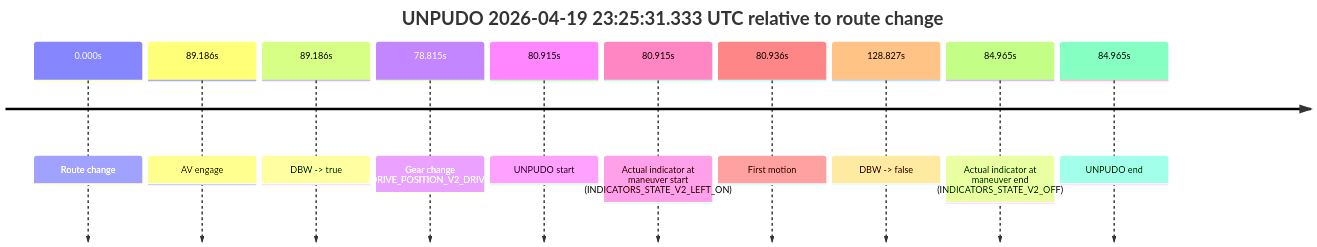
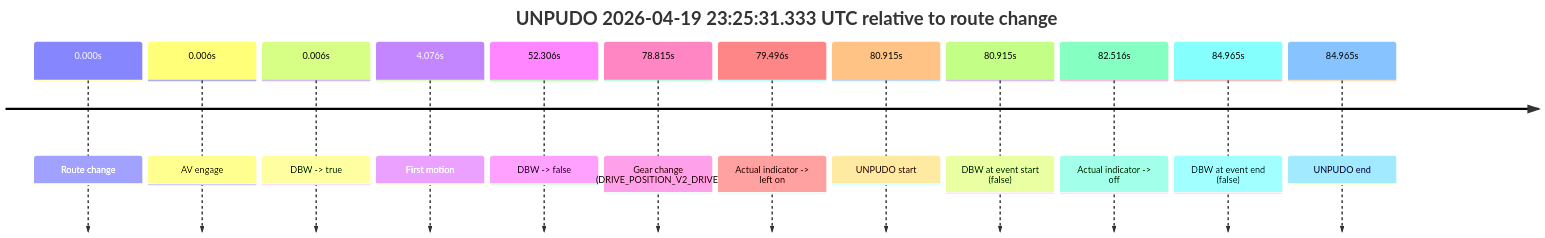
One commit to yoelshapiro/vault changed the third of 4 diagrams in model_analysis/report_cards/2026/04/Week-3/fme10010--2026-04-19--22-15-30--gen2-av-52474f6b-1c35-416a-9e0b-92a2895e364b.md. Above: the diagram before and after it, drawn with Mermaid. The commit also changed other lines of this file and 85 other files, not shown here.

````diff
--- a/model_analysis/report_cards/2026/04/Week-3/fme10010--2026-04-19--22-15-30--gen2-av-52474f6b-1c35-416a-9e0b-92a2895e364b.md
+++ b/model_analysis/report_cards/2026/04/Week-3/fme10010--2026-04-19--22-15-30--gen2-av-52474f6b-1c35-416a-9e0b-92a2895e364b.md
@@ -215,14 +229,16 @@
 ```mermaid
 timeline
     title UNPUDO 2026-04-19 23:25:31.333 UTC relative to route change
     0.000s : Route change
-    89.186s : AV engage
-    89.186s : DBW -> true
+    0.006s : AV engage
+    0.006s : DBW -> true
+    4.076s : First motion
+    52.306s : DBW -> false
     78.815s : Gear change (DRIVE_POSITION_V2_DRIVE)
+    79.496s : Actual indicator -> left on
     80.915s : UNPUDO start
-    80.915s : Actual indicator at maneuver start (INDICATORS_STATE_V2_LEFT_ON)
-    80.936s : First motion
-    128.827s : DBW -> false
-    84.965s : Actual indicator at maneuver end (INDICATORS_STATE_V2_OFF)
+    80.915s : DBW at event start (false)
+    82.516s : Actual indicator -> off
+    84.965s : DBW at event end (false)
     84.965s : UNPUDO end
 ```
````
